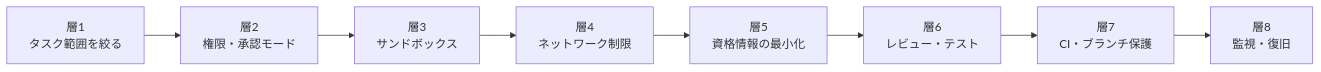
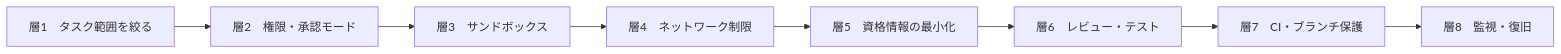
Before and after one commit to myoshi2891/Security_Studies: the third of 9 diagrams in Ai-coding-safety-guide.md, drawn with Mermaid. The commit also changed other lines of this file, not shown here.

Commit message:
docs(ai-coding): replace br tags with fullwidth spaces in mermaid diagrams

````diff
--- a/Ai-coding-safety-guide.md
+++ b/Ai-coding-safety-guide.md
@@ -143,10 +143,10 @@
 ```mermaid
 flowchart LR
-    L1["層1<br/>タスク範囲を絞る"] --> L2["層2<br/>権限・承認モード"]
-    L2 --> L3["層3<br/>サンドボックス"]
-    L3 --> L4["層4<br/>ネットワーク制限"]
-    L4 --> L5["層5<br/>資格情報の最小化"]
-    L5 --> L6["層6<br/>レビュー・テスト"]
-    L6 --> L7["層7<br/>CI・ブランチ保護"]
-    L7 --> L8["層8<br/>監視・復旧"]
+    L1["層1　タスク範囲を絞る"] --> L2["層2　権限・承認モード"]
+    L2 --> L3["層3　サンドボックス"]
+    L3 --> L4["層4　ネットワーク制限"]
+    L4 --> L5["層5　資格情報の最小化"]
+    L5 --> L6["層6　レビュー・テスト"]
+    L6 --> L7["層7　CI・ブランチ保護"]
+    L7 --> L8["層8　監視・復旧"]
 ```
````
